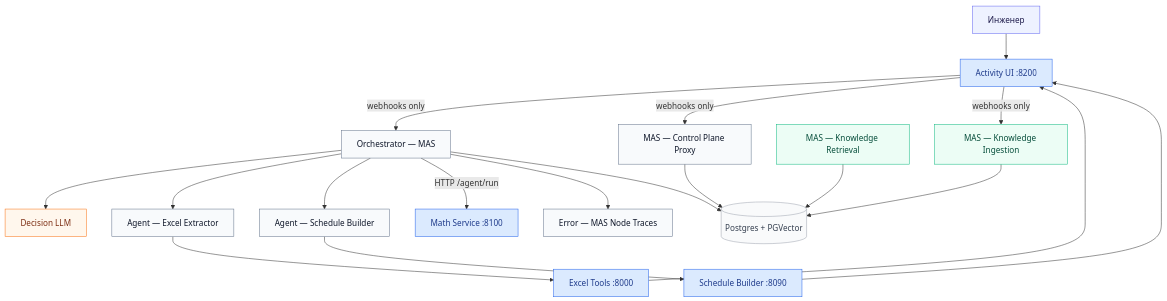
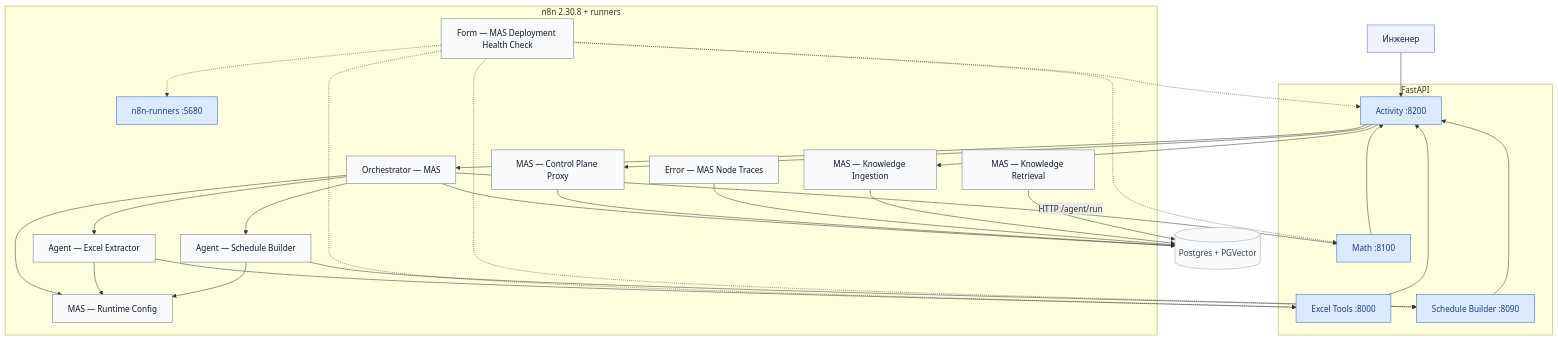
The diagram in docs.md (lun1tunes/omegalul), drawn with Mermaid before and after one commit. The commit also changed other lines of this file and 43 other files, not shown here.

Commit message:
Update .env.example and documentation; enhance Excel agent tools with session management and state handling improvements

````diff
--- a/docs.md
+++ b/docs.md
@@ -41,40 +45,52 @@
 ```mermaid
 flowchart TB
   classDef entry fill:#eef2ff,stroke:#6366f1,color:#1e1b4b
-  classDef box fill:#f8fafc,stroke:#64748b,color:#0f172a
-  classDef llm fill:#fff7ed,stroke:#f97316,color:#7c2d12
-  classDef rag fill:#ecfdf5,stroke:#10b981,color:#064e3b
+  classDef wf fill:#f8fafc,stroke:#64748b,color:#0f172a
   classDef svc fill:#dbeafe,stroke:#2563eb,color:#1e3a8a
   classDef data fill:#f9fafb,stroke:#9ca3af,color:#374151
 
   User[Инженер]:::entry
-  Activity[Activity UI :8200]:::svc
-  Orch[Orchestrator — MAS]:::box
-  OrchLLM[Decision LLM]:::llm
-  Proxy[MAS — Control Plane Proxy]:::box
-  ExcelAgent[Agent — Excel Extractor]:::box
-  ExcelTools[Excel Tools :8000]:::svc
-  SchedAgent[Agent — Schedule Builder]:::box
-  SchedSvc[Schedule Builder :8090]:::svc
-  MathSvc[Math Service :8100]:::svc
-  Retr[MAS — Knowledge Retrieval]:::rag
-  Ingest[MAS — Knowledge Ingestion]:::rag
-  Err[Error — MAS Node Traces]:::box
+  subgraph win [FastAPI]
+    Activity[Activity :8200]:::svc
+    ExcelTools[Excel Tools :8000]:::svc
+    SchedSvc[Schedule Builder :8090]:::svc
+    MathSvc[Math :8100]:::svc
+  end
+  subgraph plat [n8n 2.30.8 + runners]
+    Orch[Orchestrator — MAS]:::wf
+    ExcelAgent[Agent — Excel Extractor]:::wf
+    SchedAgent[Agent — Schedule Builder]:::wf
+    Proxy[MAS — Control Plane Proxy]:::wf
+    Runtime[MAS — Runtime Config]:::wf
+    Ingest[MAS — Knowledge Ingestion]:::wf
+    Retr[MAS — Knowledge Retrieval]:::wf
+    Err[Error — MAS Node Traces]:::wf
+    Health[Form — MAS Deployment Health Check]:::wf
+    Runners[n8n-runners :5680]:::svc
+  end
   Pg[(Postgres + PGVector)]:::data
 
   User --> Activity
-  Activity -->|"webhooks only"| Orch
-  Activity -->|"webhooks only"| Proxy
-  Activity -->|"webhooks only"| Ingest
-  Orch --> OrchLLM
+  Activity --> Orch
+  Activity --> Proxy
+  Activity --> Ingest
+  Orch --> Runtime
+  ExcelAgent --> Runtime
+  SchedAgent --> Runtime
   Orch --> ExcelAgent --> ExcelTools
   Orch --> SchedAgent --> SchedSvc
   Orch -->|"HTTP /agent/run"| MathSvc
-  Orch --> Err
+  Orch --> Pg
+  Proxy --> Pg
+  Err --> Pg
+  Ingest --> Pg
+  Retr --> Pg
   ExcelTools --> Activity
   SchedSvc --> Activity
-  Proxy --> Pg
-  Orch --> Pg
-  Retr --> Pg
-  Ingest --> Pg
+  MathSvc --> Activity
+  Health -.-> Activity
+  Health -.-> ExcelTools
+  Health -.-> SchedSvc
+  Health -.-> MathSvc
+  Health -.-> Runners
 ```
````
